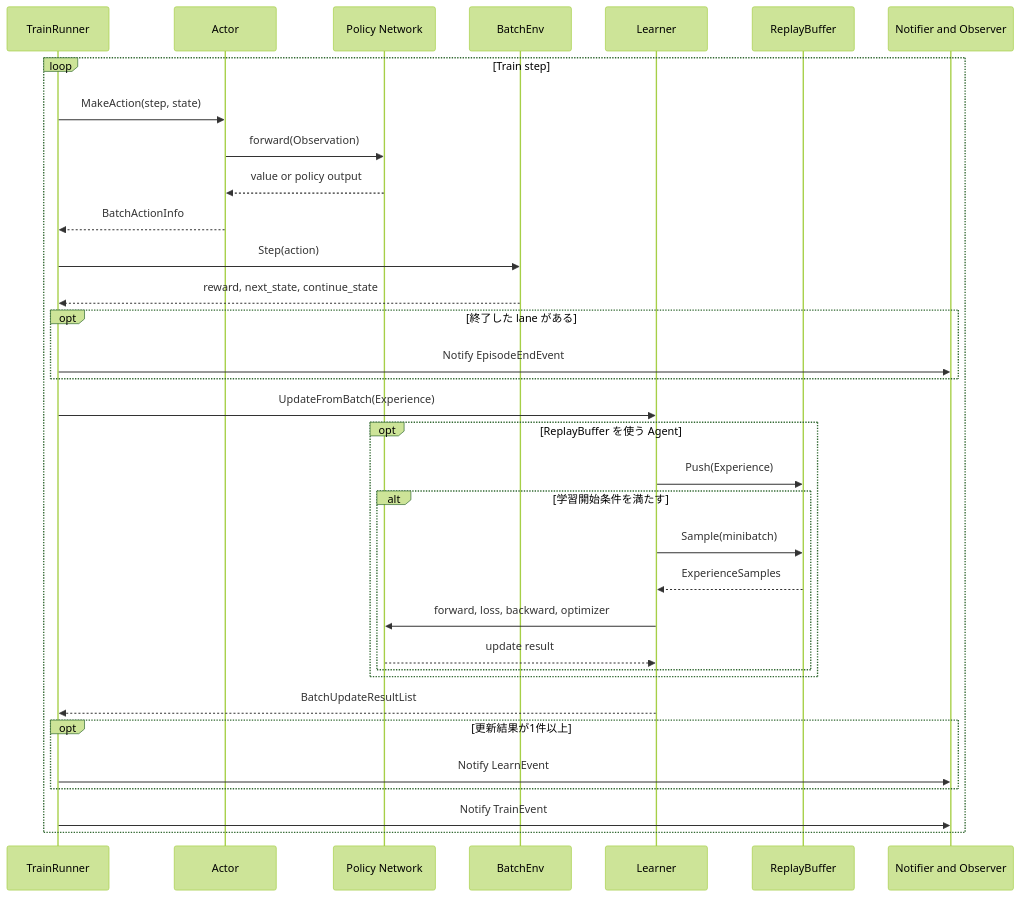
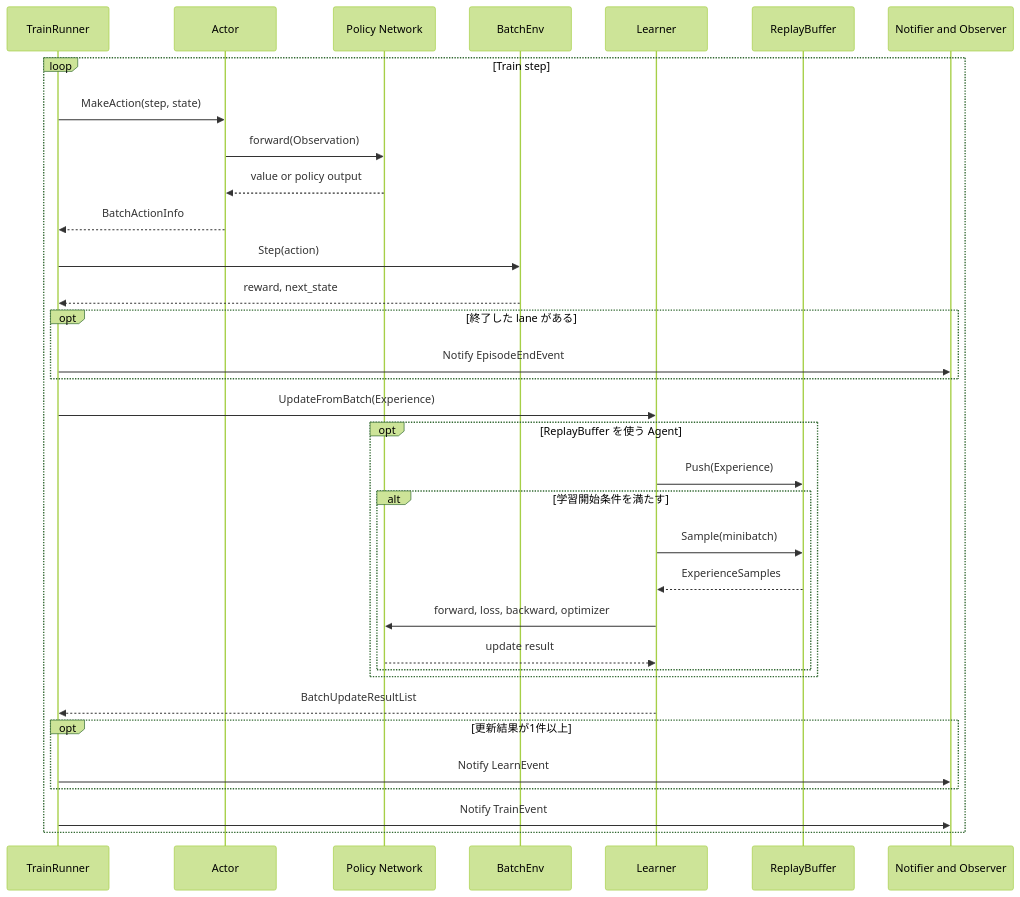
The second of 3 diagrams in docs/design/010_framework_overview.jp.md (kazukin123/anet-lab), drawn with Mermaid (forest theme) before and after one commit. The commit also changed other lines of this file and 66 other files, not shown here.

````diff
--- a/docs/design/010_framework_overview.jp.md
+++ b/docs/design/010_framework_overview.jp.md
@@ -254,37 +254,37 @@
 ```mermaid
 sequenceDiagram
     participant R as TrainRunner
     participant A as Actor
     participant P as Policy Network
     participant E as BatchEnv
     participant L as Learner
     participant B as ReplayBuffer
     participant N as Notifier and Observer
 
     loop Train step
         R->>A: MakeAction(step, state)
         A->>P: forward(Observation)
         P-->>A: value or policy output
         A-->>R: BatchActionInfo
         R->>E: Step(action)
-        E-->>R: reward, next_state, continue_state
+        E-->>R: reward, next_state
         opt 終了した lane がある
             R->>N: Notify EpisodeEndEvent
         end
         R->>L: UpdateFromBatch(Experience)
         opt ReplayBuffer を使う Agent
             L->>B: Push(Experience)
             alt 学習開始条件を満たす
                 L->>B: Sample(minibatch)
                 B-->>L: ExperienceSamples
                 L->>P: forward, loss, backward, optimizer
                 P-->>L: update result
             end
         end
         L-->>R: BatchUpdateResultList
         opt 更新結果が1件以上
             R->>N: Notify LearnEvent
         end
         R->>N: Notify TrainEvent
     end
 ```
````
